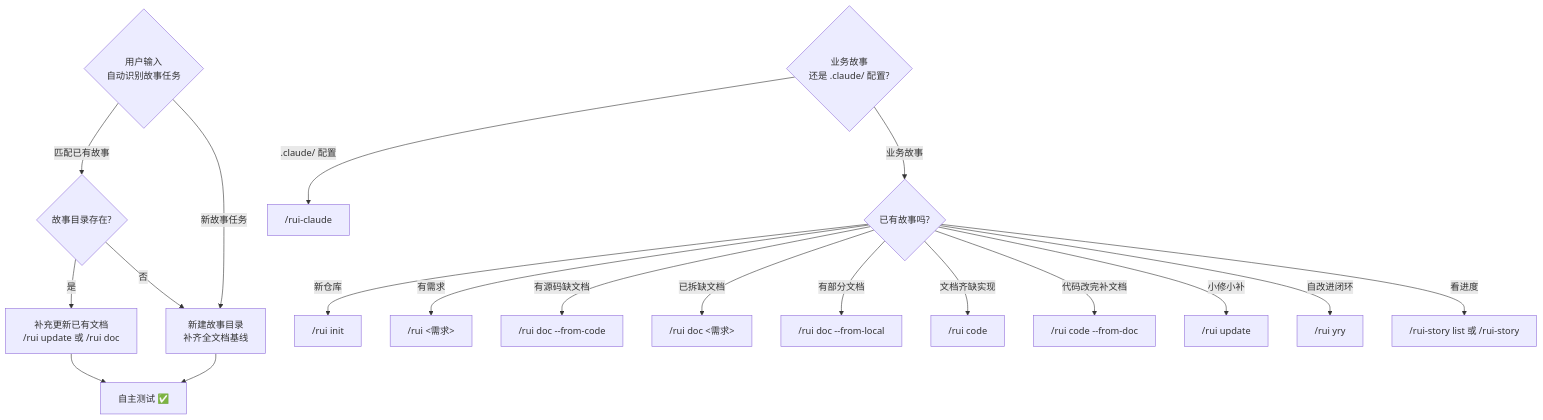
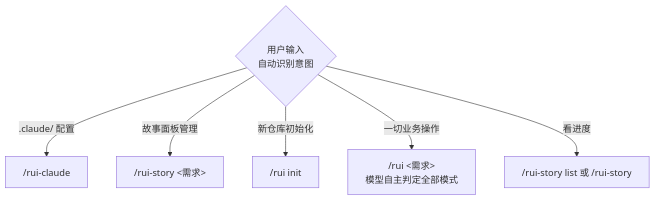
The first of 14 diagrams in skills/rui/SKILL.md (effiy/YrY), drawn with Mermaid before and after one commit. The commit also changed other lines of this file and 24 other files, not shown here.

````diff
--- a/skills/rui/SKILL.md
+++ b/skills/rui/SKILL.md
@@ -24,24 +24,9 @@
 ```mermaid
 flowchart TD
-    Q0{"用户输入<br/>自动识别故事任务"}
-    Q0 -->|"匹配已有故事"| EXISTING{"故事目录存在?"}
-    Q0 -->|"新故事任务"| NEW["新建故事目录<br/>补齐全文档基线"]
-    EXISTING -->|"是"| UPDATE["补充更新已有文档<br/>/rui update 或 /rui doc"]
-    EXISTING -->|"否"| NEW
-    NEW --> SELF_TEST["自主测试 ✅"]
-    UPDATE --> SELF_TEST
-
-    Q1{"业务故事<br/>还是 .claude/ 配置?"}
-    Q1 -->|".claude/ 配置"| RC["/rui-claude"]
-    Q1 -->|"业务故事"| Q2{"已有故事吗?"}
-    Q2 -->|"新仓库"| INIT["/rui init"]
-    Q2 -->|"有需求"| E2E["/rui <需求>"]
-    Q2 -->|"有源码缺文档"| FC["/rui doc --from-code"]
-    Q2 -->|"已拆缺文档"| DOC["/rui doc <需求>"]
-    Q2 -->|"有部分文档"| LOC["/rui doc --from-local <name>"]
-    Q2 -->|"文档齐缺实现"| CODE["/rui code <name>"]
-    Q2 -->|"代码改完补文档"| FD["/rui code --from-doc"]
-    Q2 -->|"小修小补"| UPD["/rui update"]
-    Q2 -->|"自改进闭环"| YRY["/rui yry"]
-    Q2 -->|"看进度"| LIST["/rui-story list 或 /rui-story"]
+    Q0{"用户输入<br/>自动识别意图"}
+    Q0 -->|".claude/ 配置"| RC["/rui-claude"]
+    Q0 -->|"故事面板管理"| RS["/rui-story &lt;需求&gt;"]
+    Q0 -->|"新仓库初始化"| INIT["/rui init"]
+    Q0 -->|"一切业务操作"| REQ["/rui <需求><br/>模型自主判定全部模式"]
+    Q0 -->|"看进度"| LIST["/rui-story list 或 /rui-story"]
 ```
````
